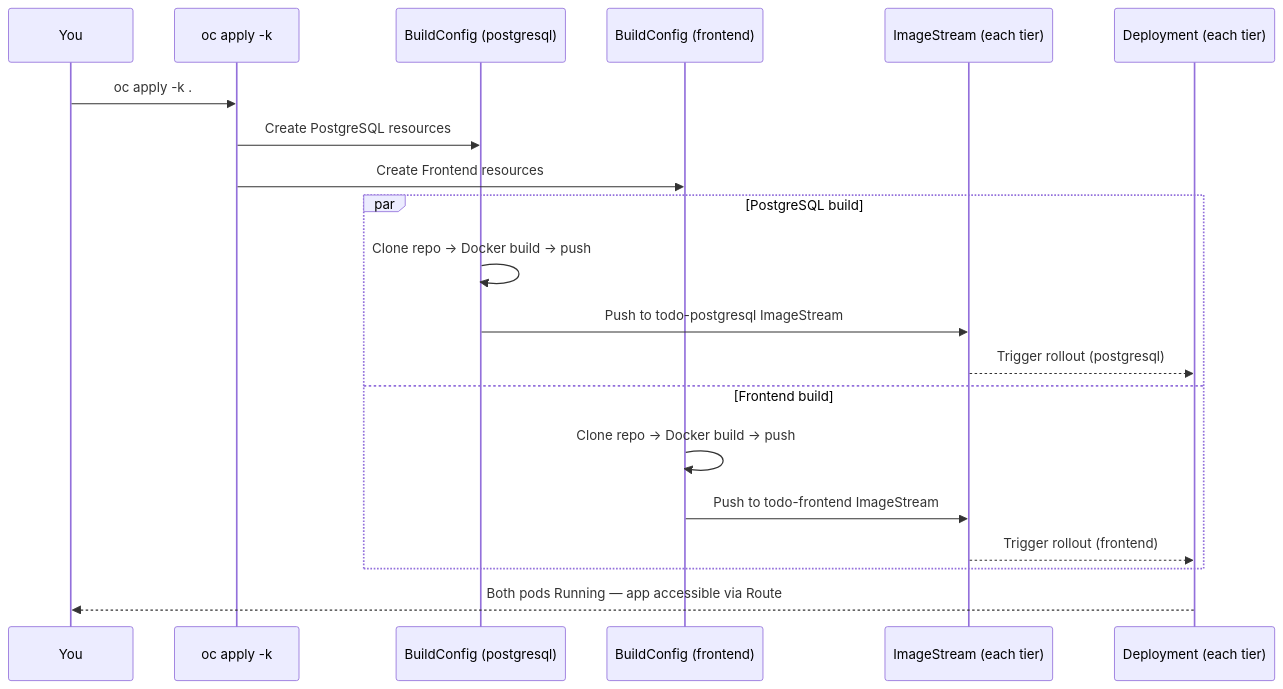
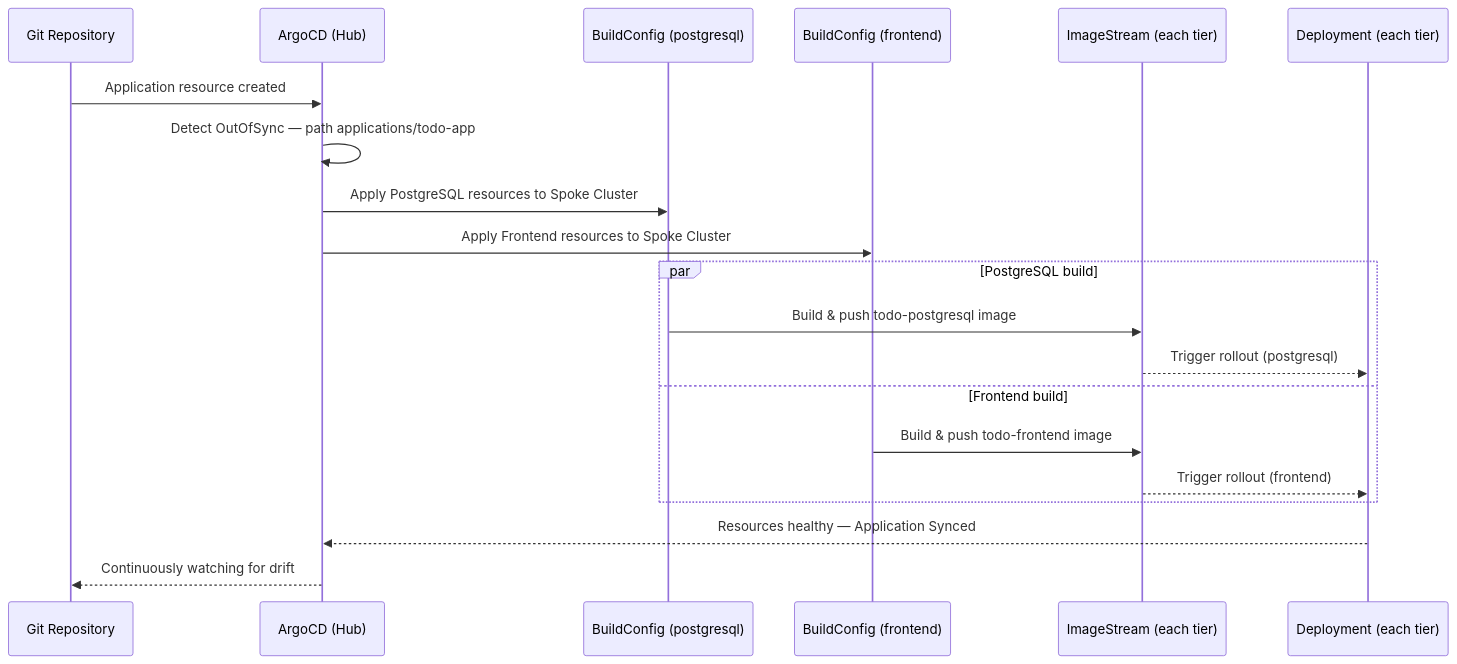
One commit to Caseraw/OpenShiftQuickStarts changed the second of 2 diagrams in docs/scenarios/deploy-2-tier-application.md. Above: the diagram before and after it, drawn with Mermaid. The commit also changed other lines of this file and 1 other file, not shown here.

````diff
--- a/docs/scenarios/deploy-2-tier-application.md
+++ b/docs/scenarios/deploy-2-tier-application.md
@@ -176,23 +268,23 @@
 ```mermaid
 sequenceDiagram
-    participant You
-    participant OC as oc apply -k
+    participant Git as Git Repository
+    participant Argo as ArgoCD (Hub)
     participant PG_BC as BuildConfig (postgresql)
     participant FE_BC as BuildConfig (frontend)
     participant IS as ImageStream (each tier)
     participant Deploy as Deployment (each tier)
 
-    You->>OC: oc apply -k .
-    OC->>PG_BC: Create PostgreSQL resources
-    OC->>FE_BC: Create Frontend resources
+    Git->>Argo: Application resource created
+    Argo->>Argo: Detect OutOfSync — path applications/todo-app
+    Argo->>PG_BC: Apply PostgreSQL resources to Spoke Cluster
+    Argo->>FE_BC: Apply Frontend resources to Spoke Cluster
     par PostgreSQL build
-        PG_BC->>PG_BC: Clone repo → Docker build → push
-        PG_BC->>IS: Push to todo-postgresql ImageStream
+        PG_BC->>IS: Build & push todo-postgresql image
         IS-->>Deploy: Trigger rollout (postgresql)
     and Frontend build
-        FE_BC->>FE_BC: Clone repo → Docker build → push
-        FE_BC->>IS: Push to todo-frontend ImageStream
+        FE_BC->>IS: Build & push todo-frontend image
         IS-->>Deploy: Trigger rollout (frontend)
     end
-    Deploy-->>You: Both pods Running — app accessible via Route
+    Deploy-->>Argo: Resources healthy — Application Synced
+    Argo-->>Git: Continuously watching for drift
 ```
````
